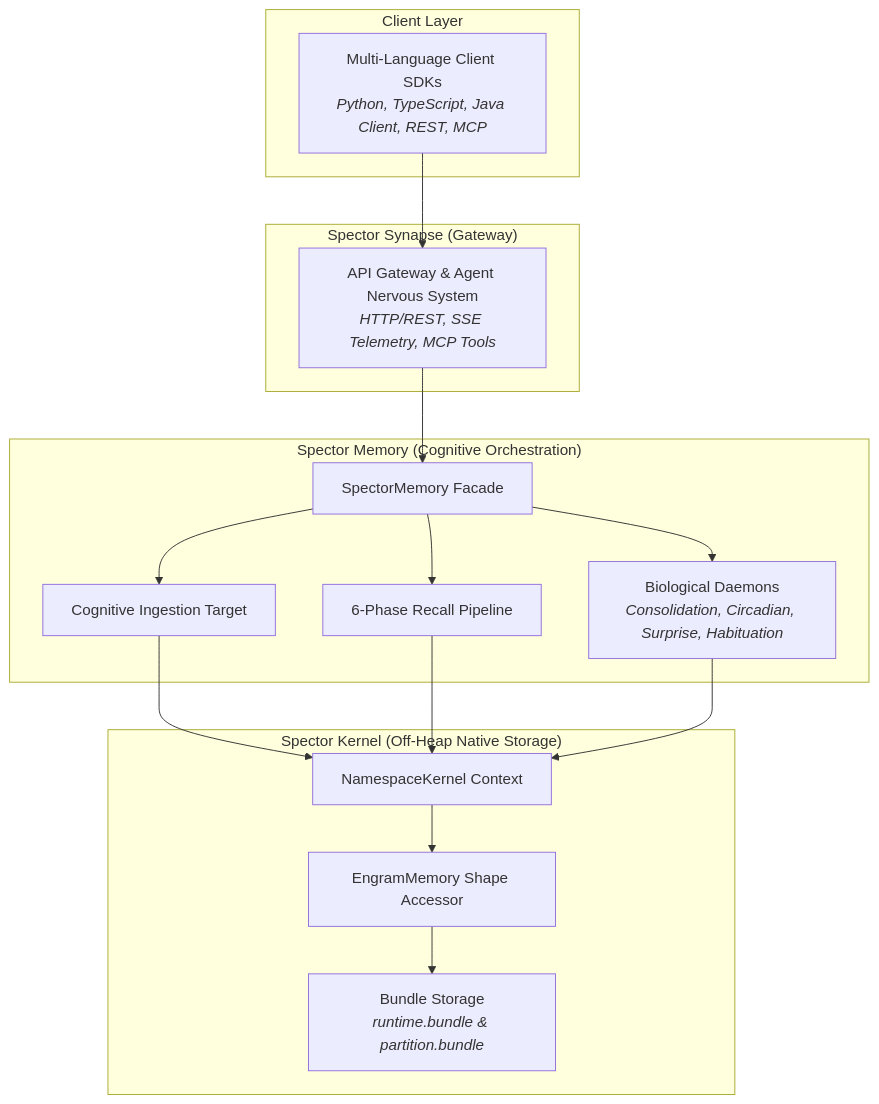
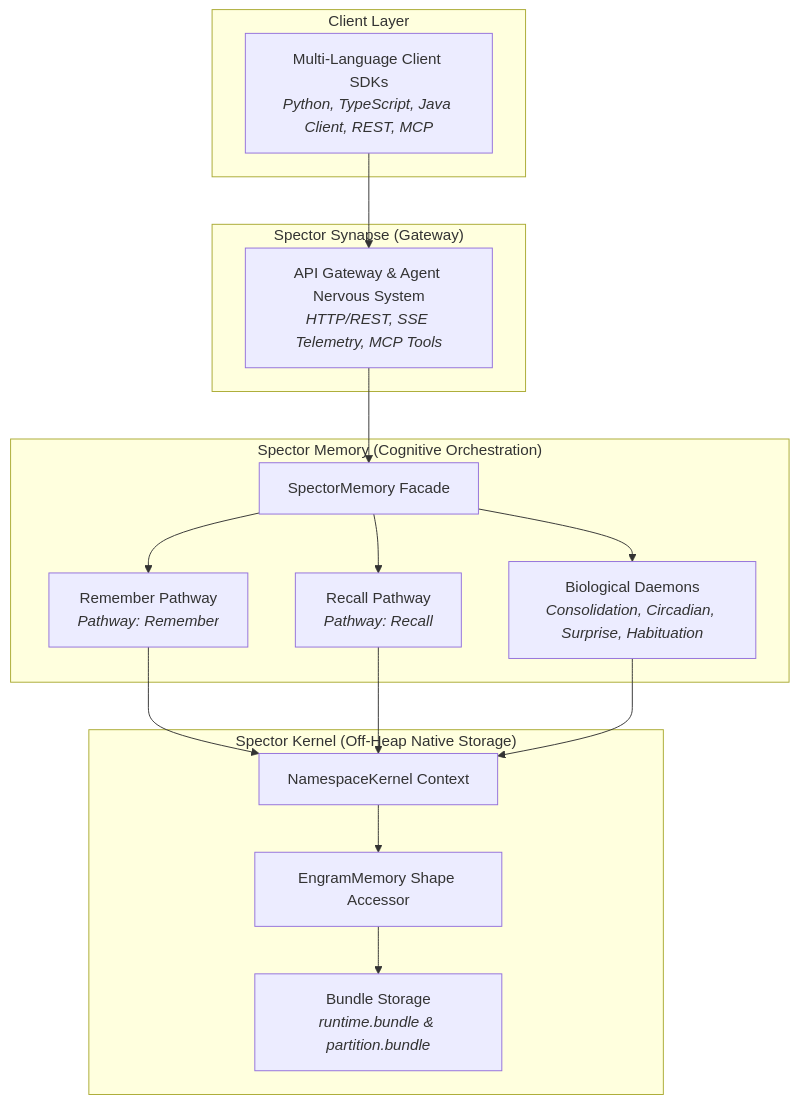
One commit to spectrayan/spector changed the first of 3 diagrams in docs/docs/memory/architecture.md. Above: the diagram before and after it, drawn with Mermaid. The commit also changed other lines of this file and 23 other files, not shown here.

First line of the commit message:
docs(memory): update terminology from ingestion and recall pipeline to cognitive pathways

````diff
--- a/docs/docs/memory/architecture.md
+++ b/docs/docs/memory/architecture.md
@@ -22,34 +22,34 @@
 ```mermaid
 graph TB
     subgraph "Client Layer"
         SDK["Multi-Language Client SDKs<br/><i>Python, TypeScript, Java Client, REST, MCP</i>"]
     end
 
     subgraph "Spector Synapse (Gateway)"
         SYN["API Gateway & Agent Nervous System<br/><i>HTTP/REST, SSE Telemetry, MCP Tools</i>"]
     end
 
     subgraph "Spector Memory (Cognitive Orchestration)"
         SM["SpectorMemory Facade"]
-        ING["Cognitive Ingestion Target"]
-        REC["6-Phase Recall Pipeline"]
+        REM["Remember Pathway<br/><i>Pathway: Remember</i>"]
+        REC["Recall Pathway<br/><i>Pathway: Recall</i>"]
         DAE["Biological Daemons<br/><i>Consolidation, Circadian, Surprise, Habituation</i>"]
     end
 
     subgraph "Spector Kernel (Off-Heap Native Storage)"
         NK["NamespaceKernel Context"]
         ENG["EngramMemory Shape Accessor"]
         BUN["Bundle Storage<br/><i>runtime.bundle & partition.bundle</i>"]
     end
 
     SDK --> SYN
     SYN --> SM
-    SM --> ING
+    SM --> REM
     SM --> REC
     SM --> DAE
-    ING --> NK
+    REM --> NK
     REC --> NK
     DAE --> NK
     NK --> ENG
     ENG --> BUN
 ```
````
